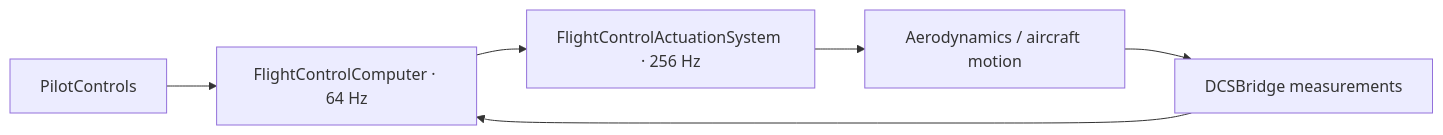
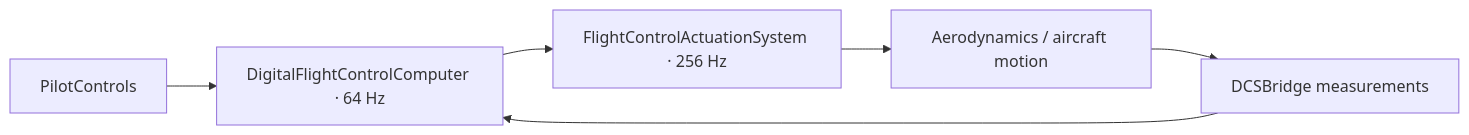
The first of 2 diagrams in docs/LONGITUDINAL_FLIGHT_CONTROL_REDESIGN.md (jjjjj103074/F-CK-1C), drawn with Mermaid before and after one commit. The commit also changed other lines of this file and 91 other files, not shown here.

````diff
--- a/docs/LONGITUDINAL_FLIGHT_CONTROL_REDESIGN.md
+++ b/docs/LONGITUDINAL_FLIGHT_CONTROL_REDESIGN.md
@@ -93,8 +93,8 @@
 ```mermaid
 flowchart LR
-    P["PilotControls"] --> C["FlightControlComputer · 64 Hz"]
+    P["PilotControls"] --> C["DigitalFlightControlComputer · 64 Hz"]
     C --> A["FlightControlActuationSystem · 256 Hz"]
     A --> M["Aerodynamics / aircraft motion"]
     M --> B["DCSBridge measurements"]
     B --> C
 ```
````
